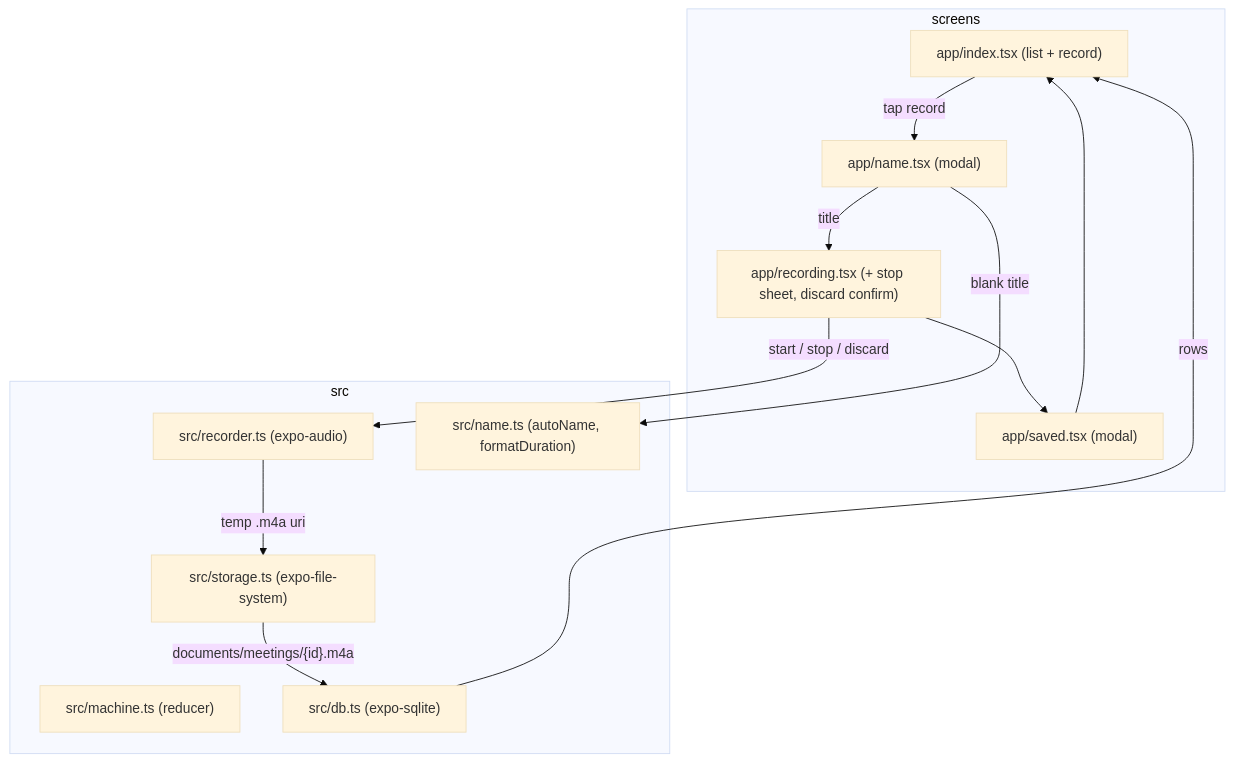
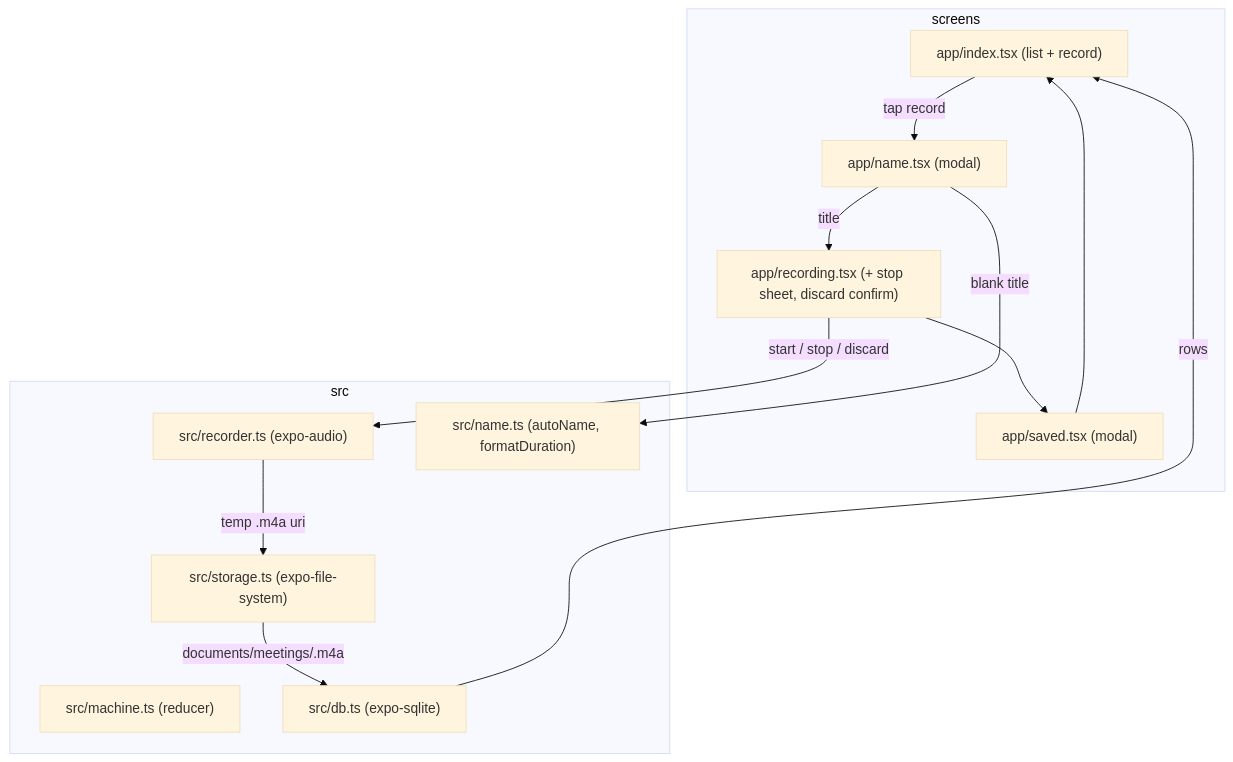
Before and after one commit to dzaffren/meeting-assistant: the fourth of 6 diagrams in docs/specs/walking-skeleton.md, drawn with Mermaid (base theme). The commit also changed other lines of this file and 1 other file, not shown here.

````diff
--- a/docs/specs/walking-skeleton.md
+++ b/docs/specs/walking-skeleton.md
@@ -201,24 +201,24 @@
 ```mermaid
 flowchart TB
     subgraph screens
         L["app/index.tsx (list + record)"]
         N["app/name.tsx (modal)"]
         R["app/recording.tsx (+ stop sheet, discard confirm)"]
         S["app/saved.tsx (modal)"]
     end
     subgraph src
         M["src/machine.ts (reducer)"]
         REC["src/recorder.ts (expo-audio)"]
         FS["src/storage.ts (expo-file-system)"]
         DB["src/db.ts (expo-sqlite)"]
         NM["src/name.ts (autoName, formatDuration)"]
     end
     L -- "tap record" --> N
     N -- "title" --> R
     R -- "start / stop / discard" --> REC
     REC -- "temp .m4a uri" --> FS
-    FS -- "documents/meetings/{id}.m4a" --> DB
+    FS -- "documents/meetings/<id>.m4a" --> DB
     DB -- "rows" --> L
     R --> S --> L
     N -- "blank title" --> NM
 ```
````
